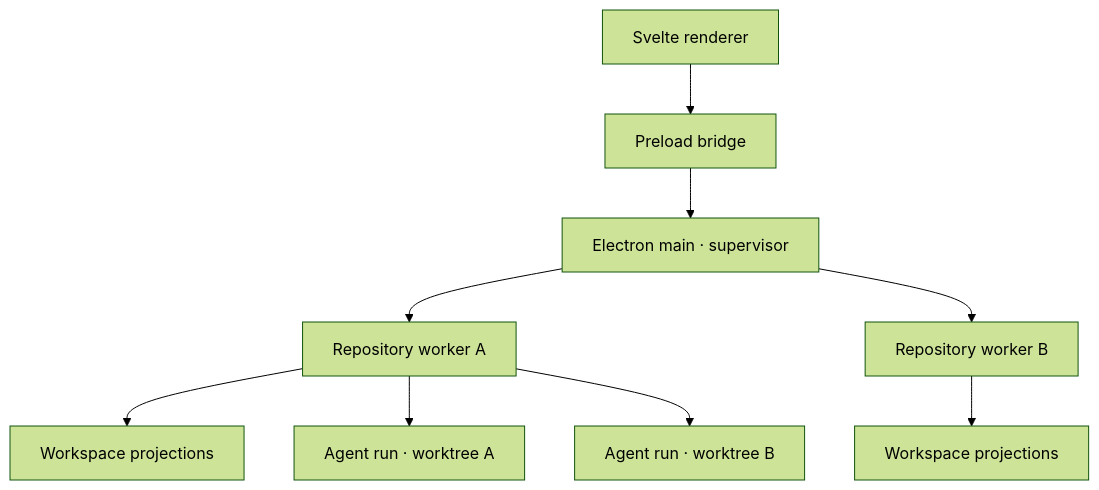
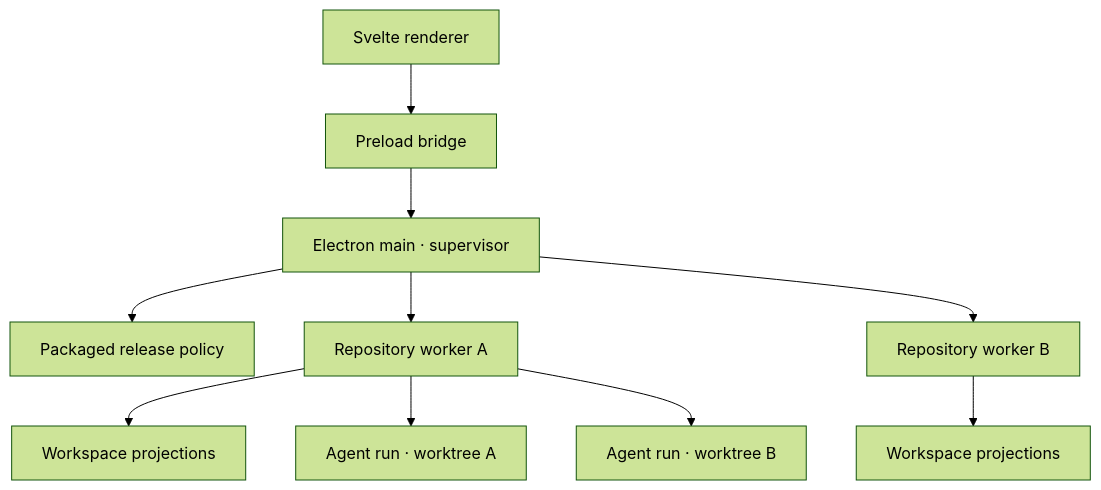
Before and after one commit to ketvietlab/phaseatlas: the diagram in docs/architecture/overview.md, drawn with Mermaid (forest theme). The commit also changed other lines of this file and 15 other files, not shown here.

````diff
--- a/docs/architecture/overview.md
+++ b/docs/architecture/overview.md
@@ -11,11 +11,12 @@
 ```mermaid
 flowchart TB
   UI["Svelte renderer"] --> Bridge["Preload bridge"]
   Bridge --> Main["Electron main · supervisor"]
+  Main --> Policy["Packaged release policy"]
   Main --> A["Repository worker A"]
   Main --> B["Repository worker B"]
   A --> WA["Workspace projections"]
   A --> RA["Agent run · worktree A"]
   A --> RB["Agent run · worktree B"]
   B --> WB["Workspace projections"]
 ```
````
